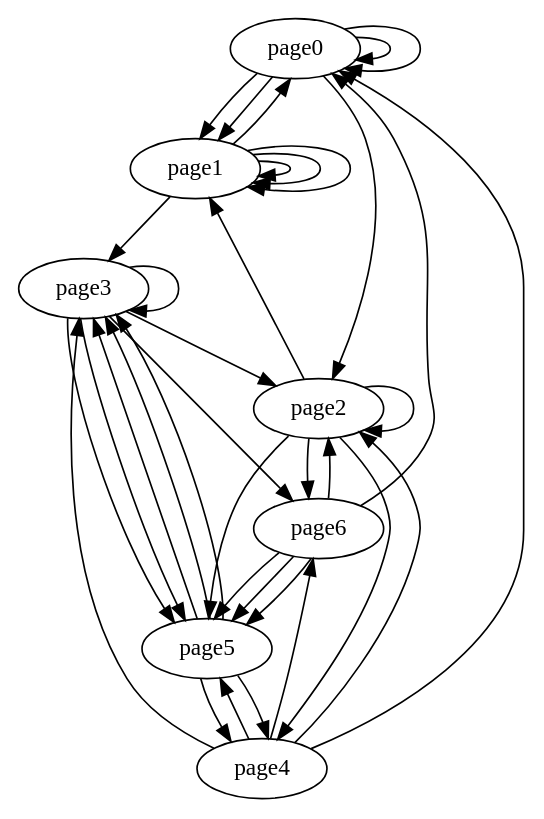
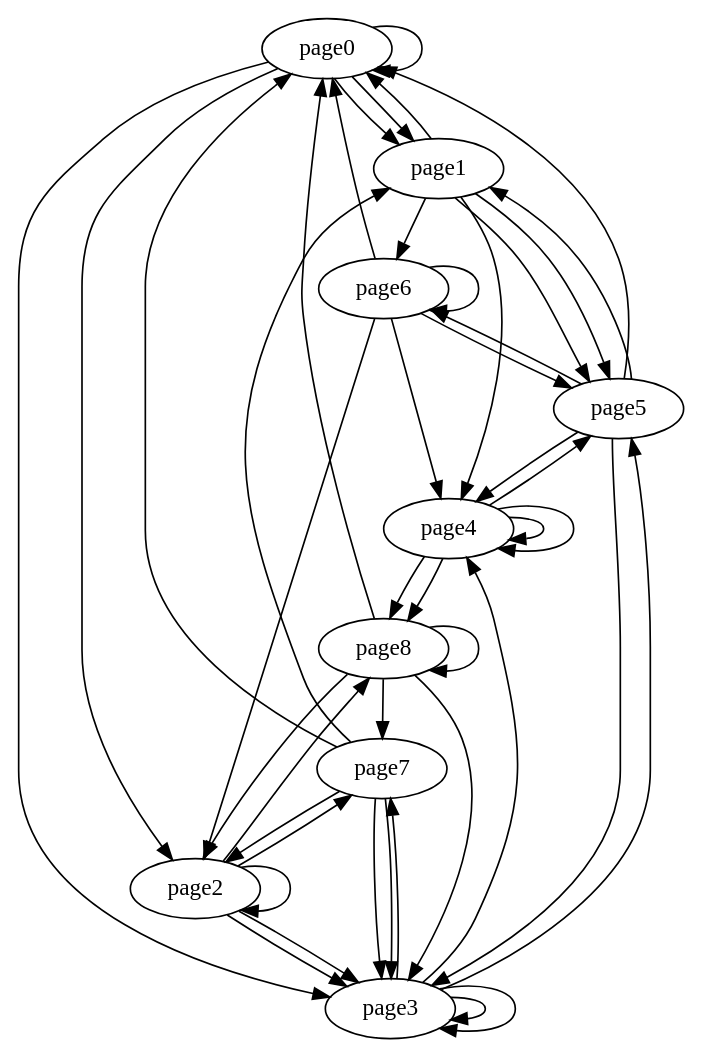
One commit to Hendrix-CS/csci150 changed the diagram in labs/urlmazesmall/mapping.dot. Above: the diagram before and after it, drawn with Graphviz. The commit also changed 10 other files, not shown here.

```diff
--- a/labs/urlmazesmall/mapping.dot
+++ b/labs/urlmazesmall/mapping.dot
@@ -1,37 +1,47 @@
 digraph {
 page0->page0;
 page0->page1;
 page0->page2;
 page0->page1;
-page0->page0;
-page1->page1;
-page1->page1;
-page1->page1;
+page0->page3;
+page1->page4;
 page1->page0;
-page1->page3;
-page2->page1;
+page1->page5;
+page1->page5;
+page1->page6;
+page2->page3;
+page2->page3;
+page2->page7;
 page2->page2;
-page2->page4;
-page2->page5;
-page2->page6;
-page3->page6;
+page2->page8;
+page3->page5;
 page3->page3;
-page3->page5;
-page3->page2;
-page3->page5;
-page4->page3;
+page3->page4;
+page3->page3;
+page3->page7;
+page4->page8;
+page4->page8;
 page4->page5;
-page4->page6;
-page4->page0;
-page4->page2;
+page4->page4;
+page4->page4;
+page5->page6;
 page5->page4;
+page5->page0;
 page5->page3;
-page5->page3;
-page5->page4;
-page5->page3;
+page5->page1;
+page6->page2;
+page6->page0;
+page6->page4;
 page6->page5;
-page6->page5;
-page6->page2;
-page6->page5;
-page6->page0;
+page6->page6;
+page7->page1;
+page7->page3;
+page7->page3;
+page7->page0;
+page7->page2;
+page8->page3;
+page8->page2;
+page8->page0;
+page8->page7;
+page8->page8;
 }
```
